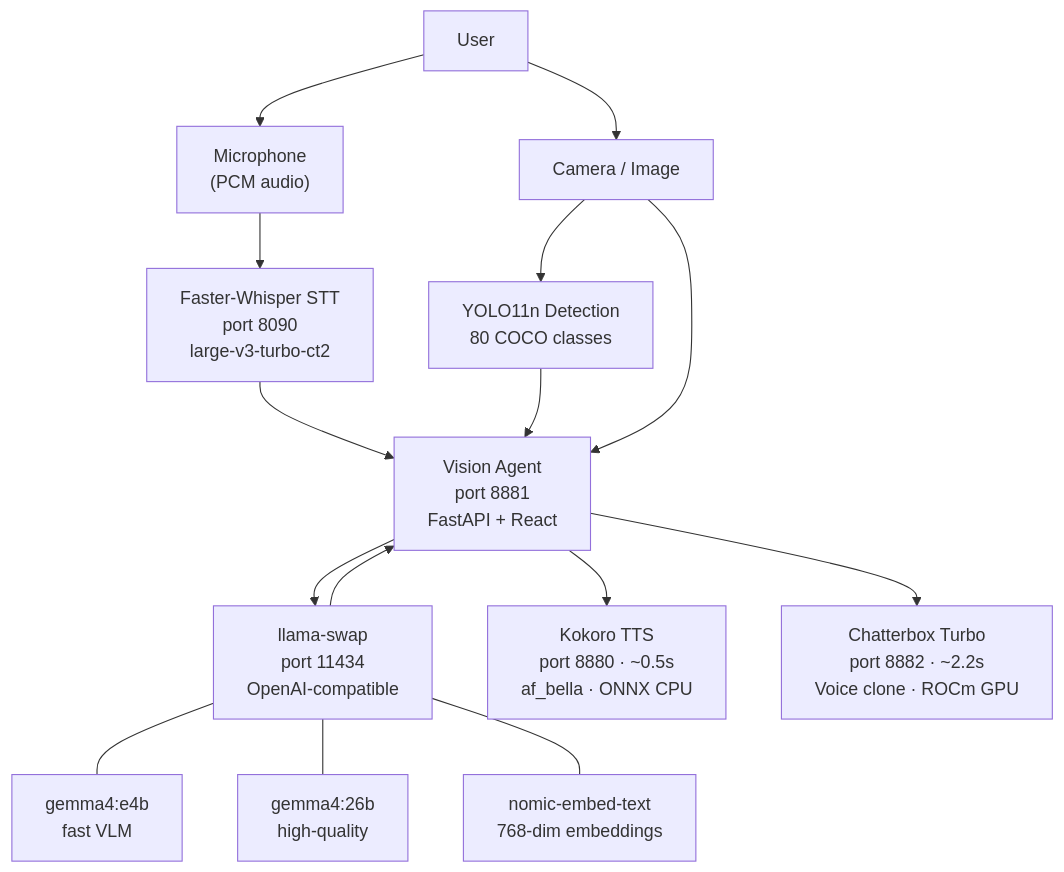
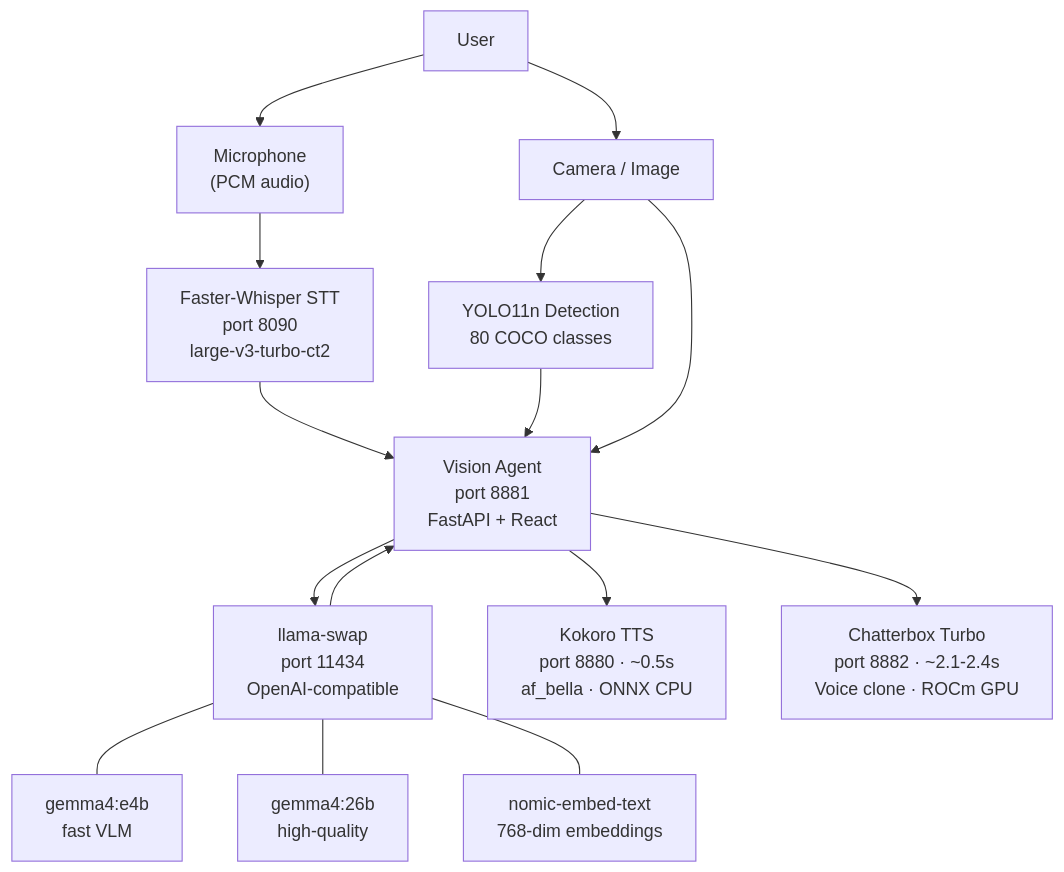
One commit to sagar-kale/homelab-docs changed the diagram in ai-services/README.md. Above: the diagram before and after it, drawn with Mermaid.

Commit message:
fix: consistent Chatterbox latency ~2.1-2.4s across all files

````diff
--- a/ai-services/README.md
+++ b/ai-services/README.md
@@ -7,29 +7,29 @@
 ```mermaid
 graph TD
     USER["User"]
     MIC["Microphone\n(PCM audio)"]
     CAM["Camera / Image"]
 
     WHISPER["Faster-Whisper STT\nport 8090\nlarge-v3-turbo-ct2"]
     YOLO["YOLO11n Detection\n80 COCO classes"]
     VISIONAGENT["Vision Agent\nport 8881\nFastAPI + React"]
 
     LLMSWAP["llama-swap\nport 11434\nOpenAI-compatible"]
     GEMMA_E4B["gemma4:e4b\nfast VLM"]
     GEMMA_26B["gemma4:26b\nhigh-quality"]
     NOMIC["nomic-embed-text\n768-dim embeddings"]
 
     KOKORO["Kokoro TTS\nport 8880 · ~0.5s\naf_bella · ONNX CPU"]
-    CHATTERBOX["Chatterbox Turbo\nport 8882 · ~2.2s\nVoice clone · ROCm GPU"]
+    CHATTERBOX["Chatterbox Turbo\nport 8882 · ~2.1-2.4s\nVoice clone · ROCm GPU"]
 
     USER --> MIC --> WHISPER --> VISIONAGENT
     USER --> CAM --> YOLO --> VISIONAGENT
     CAM --> VISIONAGENT
     VISIONAGENT --> LLMSWAP
     LLMSWAP --- GEMMA_E4B
     LLMSWAP --- GEMMA_26B
     LLMSWAP --- NOMIC
     LLMSWAP --> VISIONAGENT
     VISIONAGENT --> KOKORO
     VISIONAGENT --> CHATTERBOX
 ```
````
